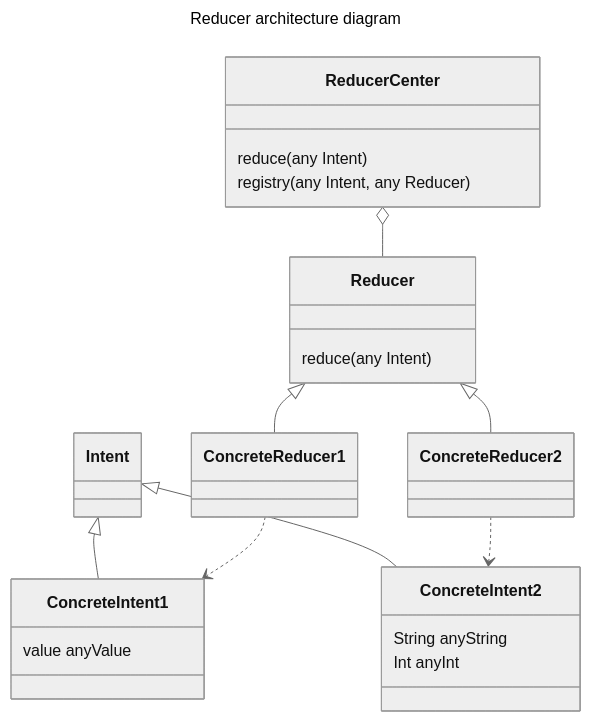
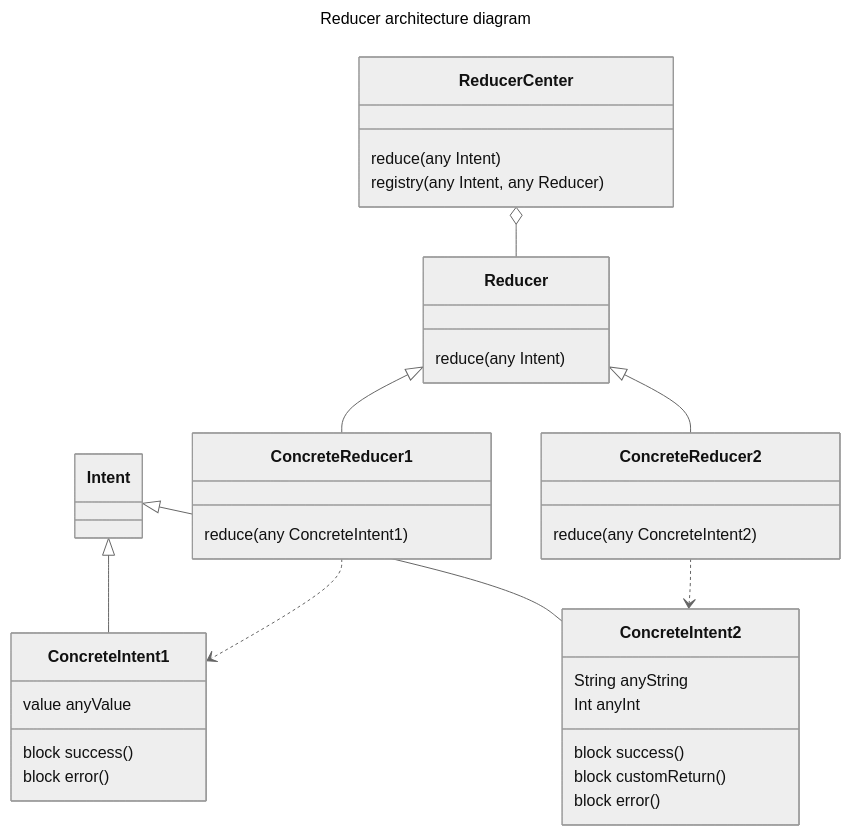
One commit to madcato/iOS-Boilerplate changed the diagram in README.md. Above: the diagram before and after it, drawn with Mermaid (neutral theme). The commit also changed other lines of this file, not shown here.

````diff
--- a/README.md
+++ b/README.md
@@ -226,27 +226,38 @@
 ```mermaid
 ---
 title: Reducer architecture diagram
 ---
 classDiagram
   ReducerCenter o-- Reducer
   Intent <|-- ConcreteIntent1
   Intent <|-- ConcreteIntent2
   Reducer <|-- ConcreteReducer1
   Reducer <|-- ConcreteReducer2
   ConcreteReducer1 ..> ConcreteIntent1
   ConcreteReducer2 ..> ConcreteIntent2
   class ReducerCenter {
     reduce(any Intent)
     registry(any Intent, any Reducer)
   }
   class Reducer {
     reduce(any Intent)
   }
   class ConcreteIntent1 {
     value anyValue
+    block success()
+    block error()
   }
   class ConcreteIntent2 {
     String anyString
     Int anyInt
+    block success()
+    block customReturn()
+    block error()
+  }
+  class ConcreteReducer1 {
+    reduce(any ConcreteIntent1)
+  }
+  class ConcreteReducer2 {
+    reduce(any ConcreteIntent2)
   }
 ```
````
